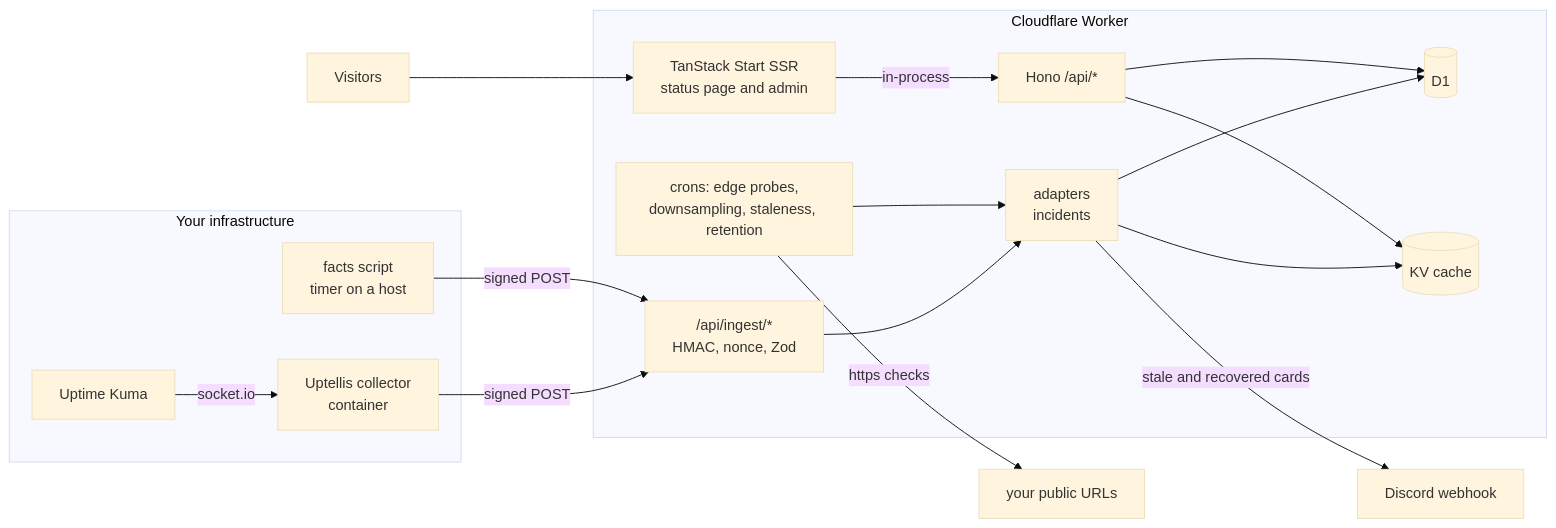
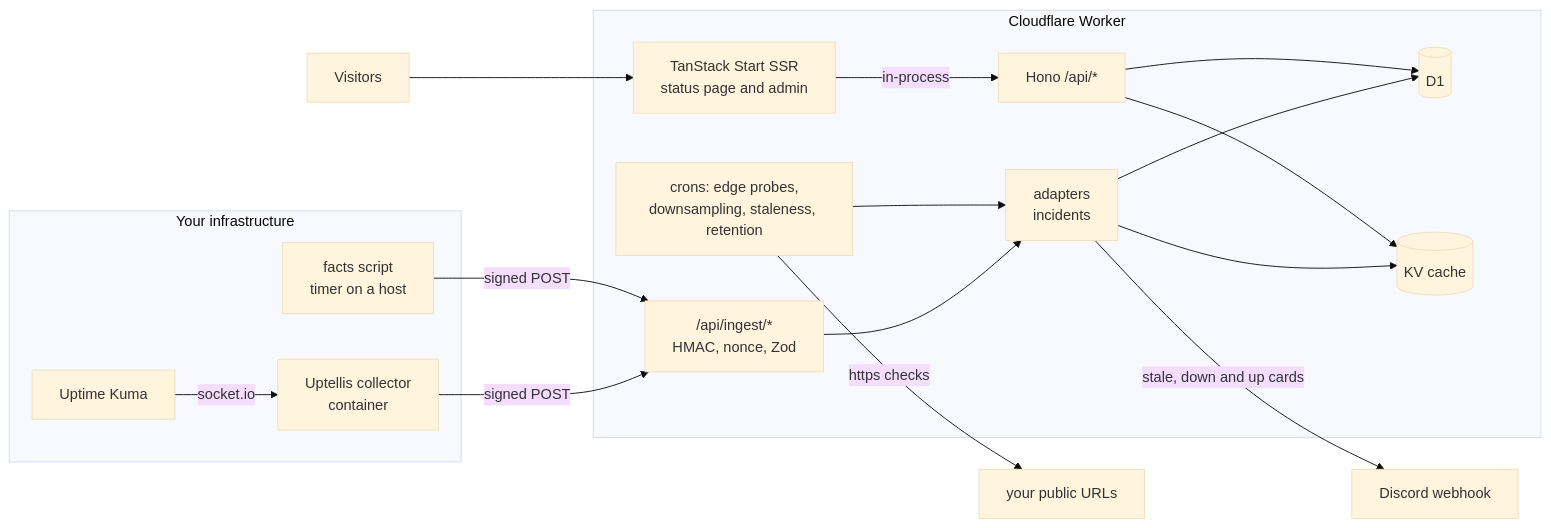
Before and after one commit to bts-io/uptellis: the diagram in README.md, drawn with Mermaid (base theme). The commit also changed 9 other files, not shown here.

Commit message:
feat(notify): down and up cards from down incidents, off in maintenance windows

````diff
--- a/README.md
+++ b/README.md
@@ -37,21 +37,21 @@
 ```mermaid
 flowchart LR
   subgraph hosts ["Your infrastructure"]
     kuma["Uptime Kuma"] -->|"socket.io"| col["Uptellis collector<br/>container"]
     facts["facts script<br/>timer on a host"]
   end
   subgraph worker ["Cloudflare Worker"]
     ingest["/api/ingest/*<br/>HMAC, nonce, Zod"] --> engine["adapters<br/>incidents"]
     cron["crons: edge probes,<br/>downsampling, staleness, retention"] --> engine
     engine --> d1[("D1")]
     engine --> kv[("KV cache")]
     api["Hono /api/*"] --> kv
     api --> d1
     ssr["TanStack Start SSR<br/>status page and admin"] -->|"in-process"| api
   end
   col -->|"signed POST"| ingest
   facts -->|"signed POST"| ingest
   cron -->|"https checks"| sites["your public URLs"]
-  engine -->|"stale and recovered cards"| discord["Discord webhook"]
+  engine -->|"stale, down and up cards"| discord["Discord webhook"]
   visitor["Visitors"] --> ssr
 ```
````
